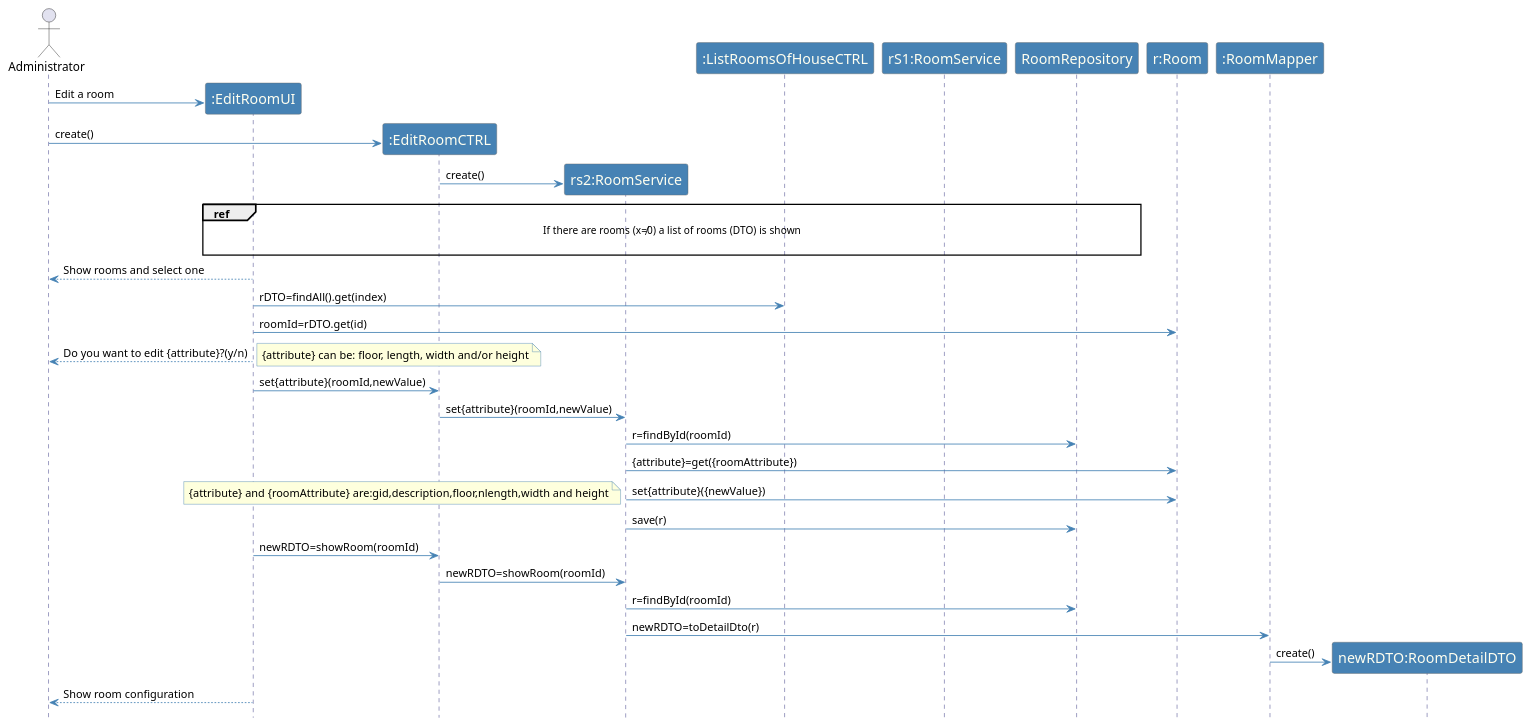
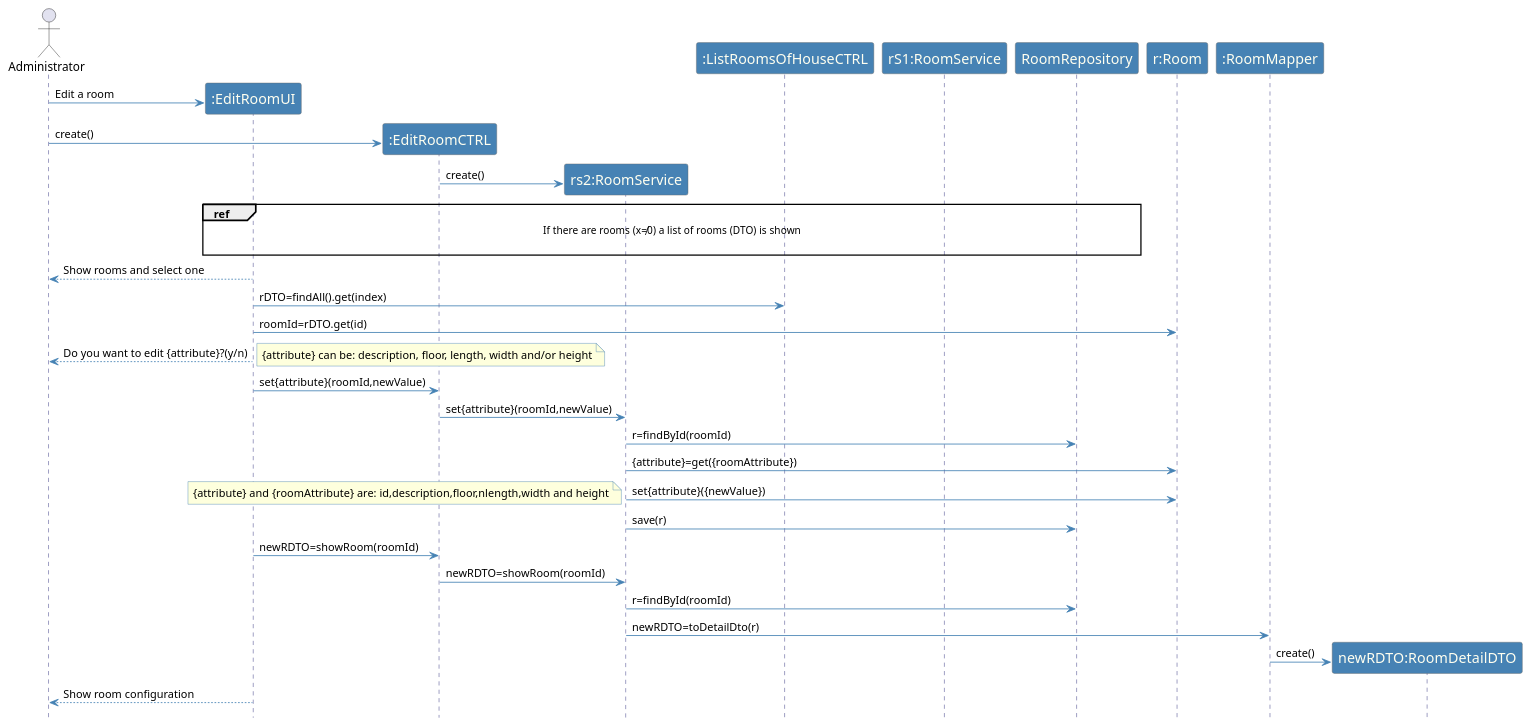
Before and after one commit to emanuel-pereira/hou: the diagram in src/main/java/smarthome/controller/sequenceDiagrams/sd_EditRoom.puml, drawn with PlantUML. The commit also changed 6 other files, not shown here.

Commit message:
US109: Add Description to the room editing options in the CLI and enable editing of the description in the Rest Controller. Behavior in Rest Controller passed to RoomService with editRoom method. Update sequence diagrams. Close #263

```diff
--- a/src/main/java/smarthome/controller/sequenceDiagrams/sd_EditRoom.puml
+++ b/src/main/java/smarthome/controller/sequenceDiagrams/sd_EditRoom.puml
@@ -1,65 +1,65 @@
 @startuml
 hidefootbox
 
 actor Administrator
 
 skinparam sequence {
 	ArrowColor SteelBlue
 	ActorBorderColor Dimgray
 	LifeLineBorderColor MidnightBlue
 	LifeLineBackgroundColor #A9DCDF
 
 	ParticipantBorderColor Dimgray
 	ParticipantBackgroundColor SteelBlue
 	ParticipantFontName Calibri Bold
 	ParticipantFontSize 17
 	ParticipantFontColor Ivory
 
 	ActorBackgroundColor SteelBlue
 	ActorFontColor MidnightBlue
 	ActorFontSize 17
 	ActorFontName Aapex
 
 }
 
 skinparam note {
 BorderColor SteelBlue
 }
 
 create ":EditRoomUI"
 Administrator -> ":EditRoomUI":Edit a room
 create ":EditRoomCTRL"
 Administrator -> ":EditRoomCTRL": create()
 create "rs2:RoomService"
 ":EditRoomCTRL" -> "rs2:RoomService": create()
 ref over ":EditRoomUI", ":ListRoomsOfHouseCTRL", "rS1:RoomService", RoomRepository: If there are rooms (x≠0) a list of rooms (DTO) is shown\n
 Administrator <-- ":EditRoomUI": Show rooms and select one
 ":EditRoomUI" -> ":ListRoomsOfHouseCTRL": rDTO=findAll().get(index)
 ":EditRoomUI" -> "r:Room": roomId=rDTO.get(id)
 
 Administrator <-- ":EditRoomUI": Do you want to edit {attribute}?(y/n)
 note right
-{attribute} can be: floor, length, width and/or height
+{attribute} can be: description, floor, length, width and/or height
     end note
 ":EditRoomUI" -> ":EditRoomCTRL": set{attribute}(roomId,newValue)
 ":EditRoomCTRL" -> "rs2:RoomService": set{attribute}(roomId,newValue)
 "rs2:RoomService" -> RoomRepository: r=findById(roomId)
 "rs2:RoomService" -> "r:Room": {attribute}=get({roomAttribute})
 "rs2:RoomService" -> "r:Room": set{attribute}({newValue})
 
 note left
-{attribute} and {roomAttribute} are:gid,description,floor,nlength,width and height
+{attribute} and {roomAttribute} are: id,description,floor,nlength,width and height
     end note
 "rs2:RoomService" -> RoomRepository: save(r)
 ":EditRoomUI" -> ":EditRoomCTRL": newRDTO=showRoom(roomId)
 ":EditRoomCTRL" -> "rs2:RoomService": newRDTO=showRoom(roomId)
 
 
 "rs2:RoomService" -> RoomRepository: r=findById(roomId)
 "rs2:RoomService" -> ":RoomMapper": newRDTO=toDetailDto(r)
 create "newRDTO:RoomDetailDTO"
 ":RoomMapper" -> "newRDTO:RoomDetailDTO": create()
 
 Administrator <-- ":EditRoomUI": Show room configuration
 
 @enduml
```
